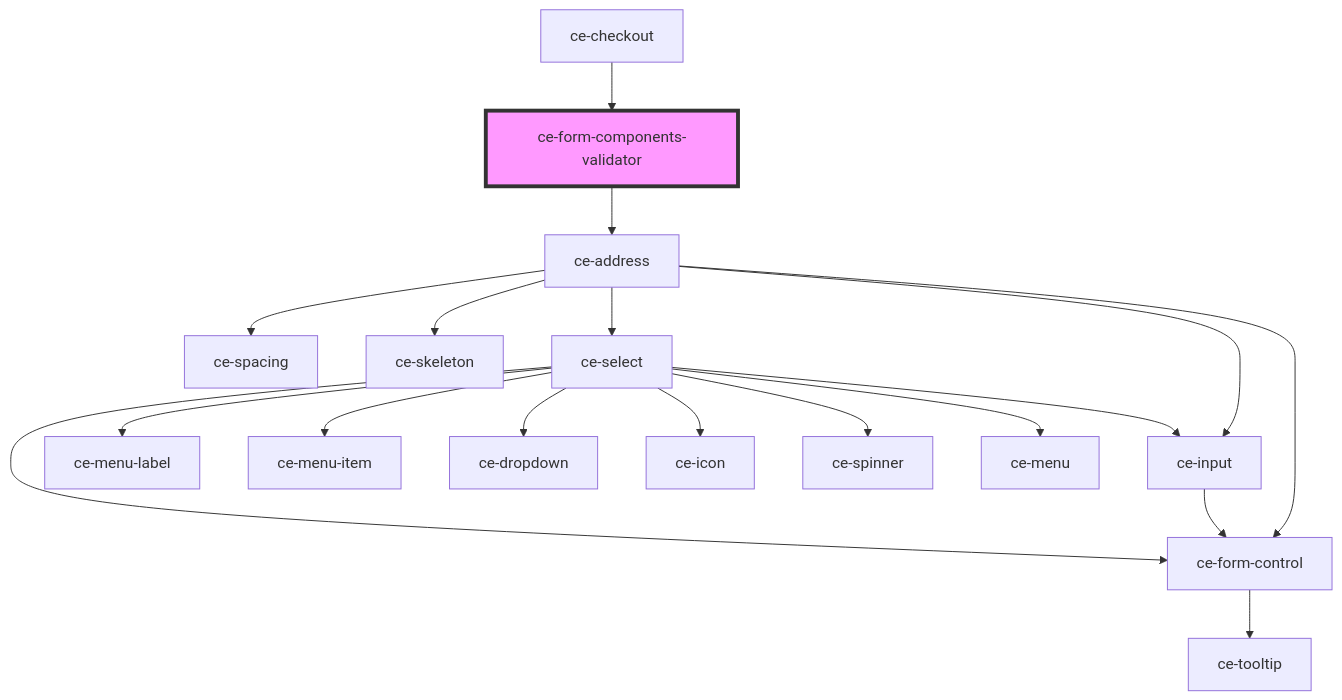
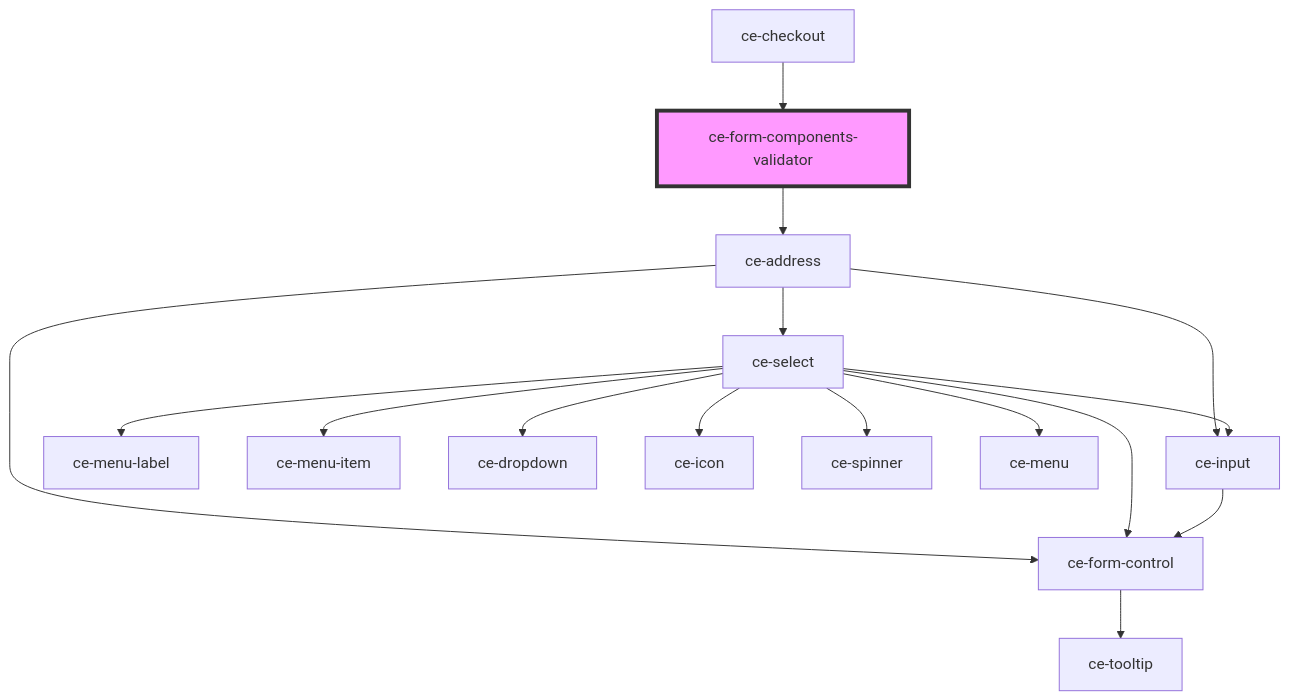
Before and after one commit to surecart/surecart-wp-plugin: the diagram in packages/components/src/components/providers/form-components-validator/readme.md, drawn with Mermaid. The commit also changed 118 other files, not shown here.

````diff
--- a/packages/components/src/components/providers/form-components-validator/readme.md
+++ b/packages/components/src/components/providers/form-components-validator/readme.md
@@ -27,21 +27,19 @@
 ```mermaid
 graph TD;
   ce-form-components-validator --> ce-address
+  ce-address --> ce-form-control
+  ce-address --> ce-select
   ce-address --> ce-input
-  ce-address --> ce-form-control
-  ce-address --> ce-spacing
-  ce-address --> ce-skeleton
-  ce-address --> ce-select
-  ce-input --> ce-form-control
   ce-form-control --> ce-tooltip
   ce-select --> ce-menu-label
   ce-select --> ce-menu-item
   ce-select --> ce-form-control
   ce-select --> ce-dropdown
   ce-select --> ce-icon
   ce-select --> ce-input
   ce-select --> ce-spinner
   ce-select --> ce-menu
+  ce-input --> ce-form-control
   ce-checkout --> ce-form-components-validator
   style ce-form-components-validator fill:#f9f,stroke:#333,stroke-width:4px
 ```
````
